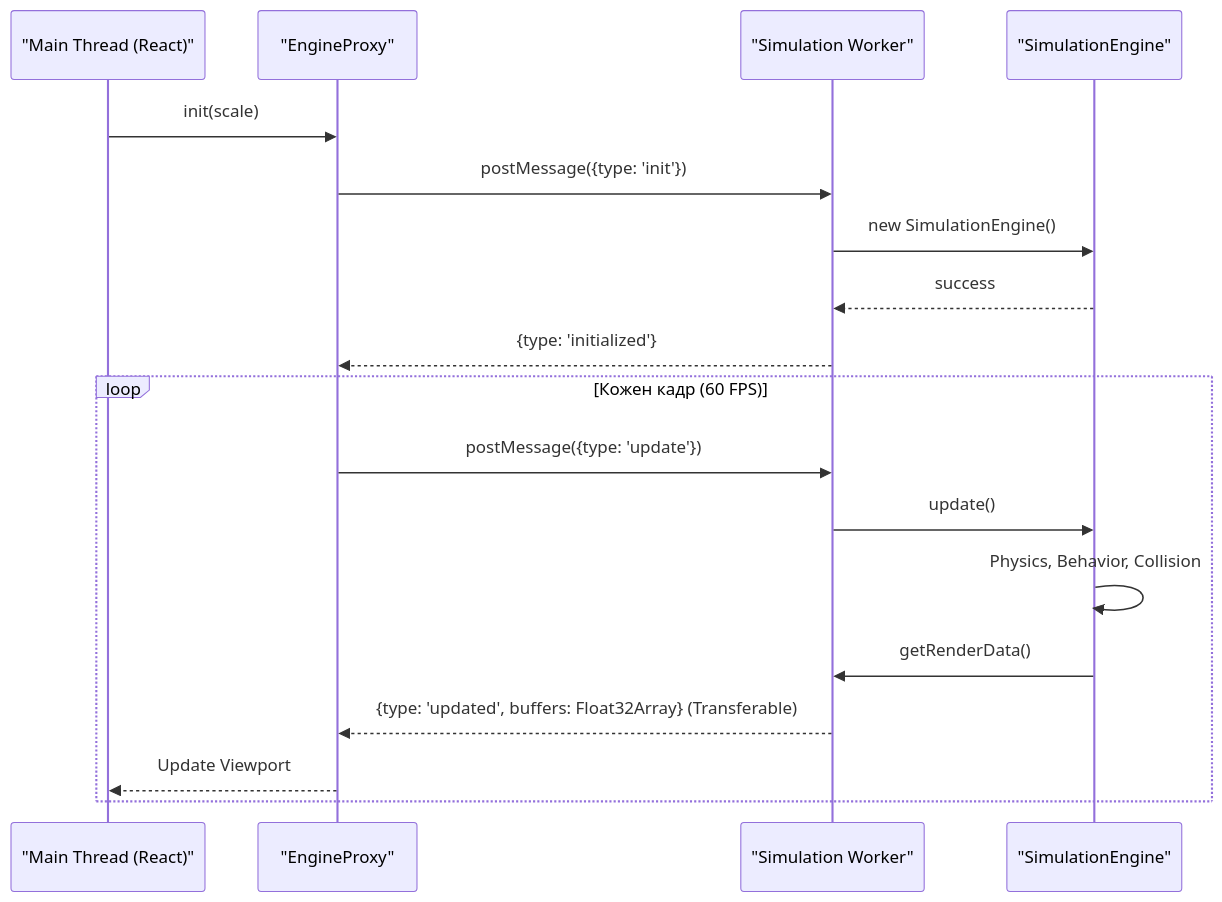
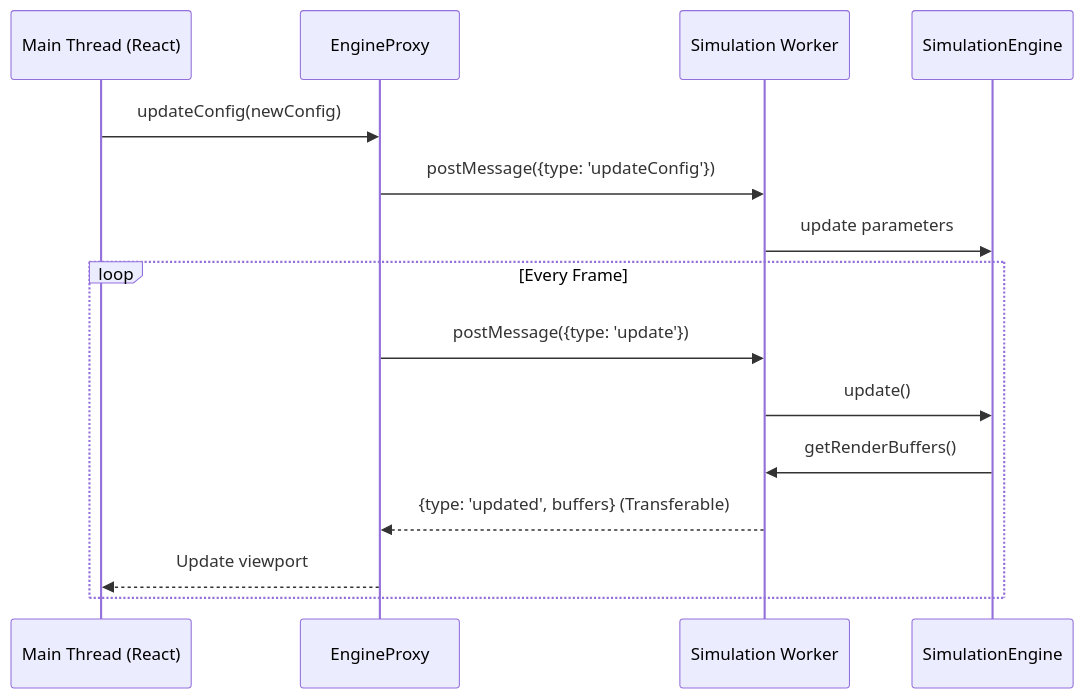
One commit to dogmator/entropia changed the diagram in docs/ARCHITECTURE.md. Above: the diagram before and after it, drawn with Mermaid. The commit also changed other lines of this file and 203 other files, not shown here.

First line of the commit message:
refactor: v2.5 — architecture decomposition, URL state, i18n, docs overhaul

````diff
--- a/docs/ARCHITECTURE.md
+++ b/docs/ARCHITECTURE.md
@@ -55,22 +48,19 @@
 ```mermaid
 sequenceDiagram
-    participant UI as "Main Thread (React)"
-    participant Proxy as "EngineProxy"
-    participant Worker as "Simulation Worker"
-    participant Engine as "SimulationEngine"
+    participant UI as Main Thread (React)
+    participant Proxy as EngineProxy
+    participant Worker as Simulation Worker
+    participant Engine as SimulationEngine
 
-    UI->>Proxy: init(scale)
-    Proxy->>Worker: postMessage({type: 'init'})
-    Worker->>Engine: new SimulationEngine()
-    Engine-->>Worker: success
-    Worker-->>Proxy: {type: 'initialized'}
+    UI->>Proxy: updateConfig(newConfig)
+    Proxy->>Worker: postMessage({type: 'updateConfig'})
+    Worker->>Engine: update parameters
     
-    loop Кожен кадр (60 FPS)
+    loop Every Frame
         Proxy->>Worker: postMessage({type: 'update'})
         Worker->>Engine: update()
-        Engine->>Engine: Physics, Behavior, Collision
-        Engine->>Worker: getRenderData()
-        Worker-->>Proxy: {type: 'updated', buffers: Float32Array} (Transferable)
-        Proxy-->>UI: Update Viewport
+        Engine->>Worker: getRenderBuffers()
+        Worker-->>Proxy: {type: 'updated', buffers} (Transferable)
+        Proxy-->>UI: Update viewport
     end
 ```
````
